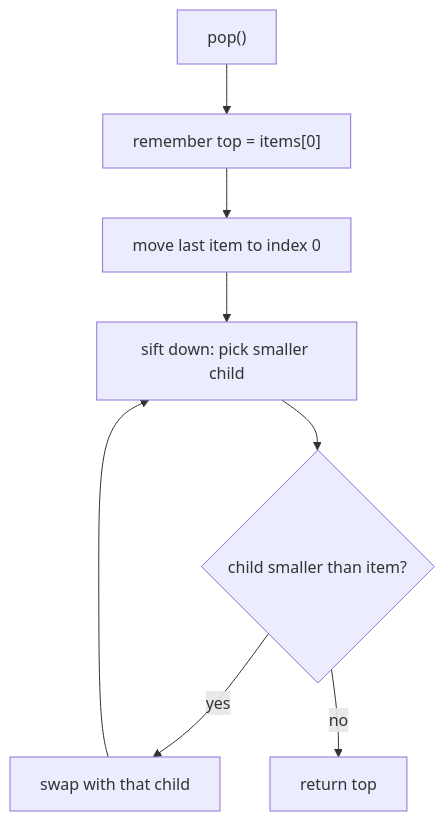
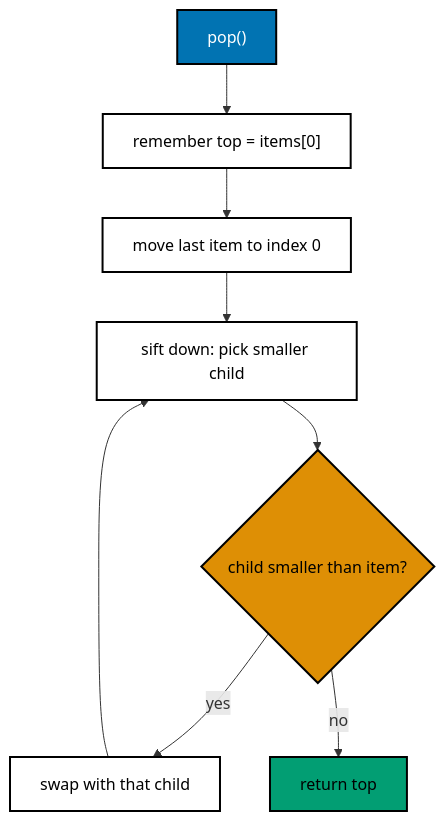
The second of 3 diagrams in drill/system-design-algos/in-python/algo_04_heap.md (wahidyankf/grind-in-public), drawn with Mermaid before and after one commit. The commit also changed other lines of this file and 22 other files, not shown here.

First line of the commit message:
docs: use accessible palette in mermaid diagrams

````diff
--- a/drill/system-design-algos/in-python/algo_04_heap.md
+++ b/drill/system-design-algos/in-python/algo_04_heap.md
@@ -52,14 +66,28 @@
 ```mermaid
 flowchart TD
   accTitle: Min-heap pop
   accDescr {
     Shows how pop keeps the top item, moves the last item to index 0, and sifts it down.
   }
   A["pop()"] --> B["remember top = items[0]"]
   B --> C["move last item to index 0"]
   C --> D["sift down: pick smaller child"]
   D --> E{"child smaller than item?"}
   E -->|yes| F["swap with that child"]
   F --> D
   E -->|no| G["return top"]
+  classDef default fill:#FFFFFF,stroke:#000000,color:#000000,stroke-width:2px
+  classDef blue fill:#0173B2,stroke:#000000,color:#FFFFFF,stroke-width:2px
+  classDef orange fill:#DE8F05,stroke:#000000,color:#000000,stroke-width:2px
+  classDef teal fill:#029E73,stroke:#000000,color:#000000,stroke-width:2px
+  class E orange
+  class A blue
+  class G teal
+  classDef default fill:#FFFFFF,stroke:#000000,color:#000000,stroke-width:2px
+  classDef blue fill:#0173B2,stroke:#000000,color:#FFFFFF,stroke-width:2px
+  classDef orange fill:#DE8F05,stroke:#000000,color:#000000,stroke-width:2px
+  classDef teal fill:#029E73,stroke:#000000,color:#000000,stroke-width:2px
+  class E orange
+  class A blue
+  class G teal
 ```
````
